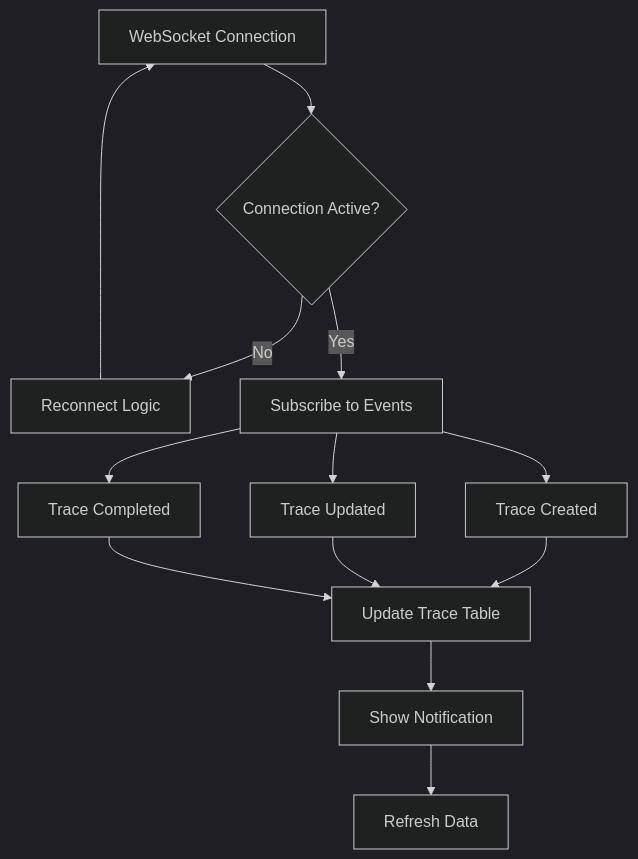
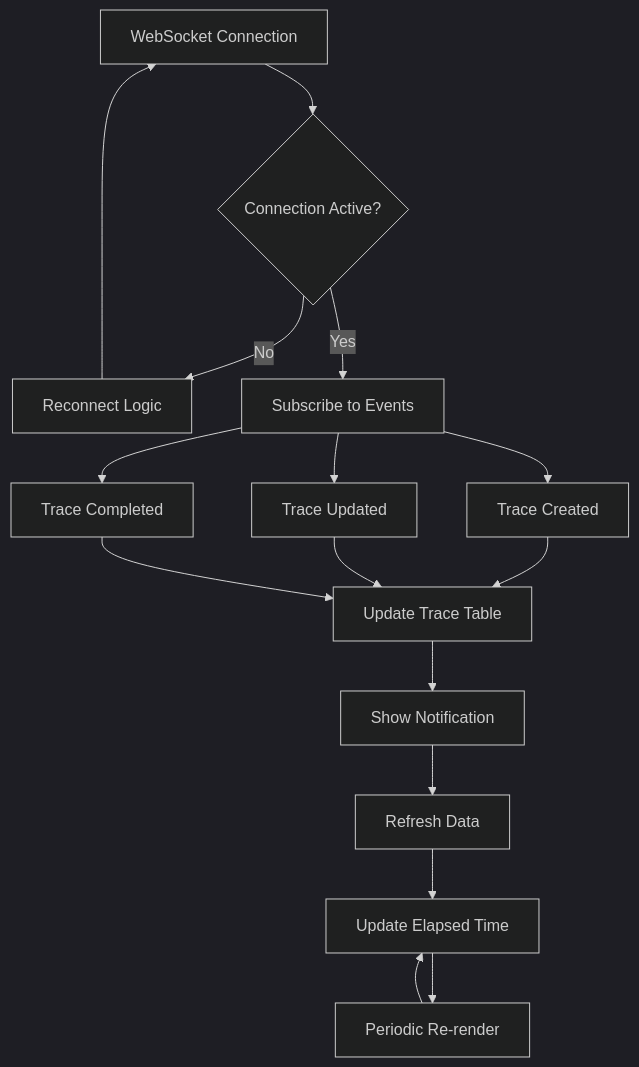
Before and after one commit to lalanikarim/agent-spy: the eighth of 9 diagrams in docs/AGENT_SPY_COMPREHENSIVE_GUIDE.md, drawn with Mermaid (dark theme). The commit also changed other lines of this file and 33 other files, not shown here.

````diff
--- a/docs/AGENT_SPY_COMPREHENSIVE_GUIDE.md
+++ b/docs/AGENT_SPY_COMPREHENSIVE_GUIDE.md
@@ -387,17 +419,20 @@
 ```mermaid
 flowchart TD
     A[WebSocket Connection] --> B{Connection Active?}
     B -->|No| C[Reconnect Logic]
     C --> A
     B -->|Yes| D[Subscribe to Events]
     D --> E[Trace Created]
     D --> F[Trace Updated]
     D --> G[Trace Completed]
 
     E --> H[Update Trace Table]
     F --> H
     G --> H
 
     H --> I[Show Notification]
     I --> J[Refresh Data]
+    J --> K[Update Elapsed Time]
+    K --> L[Periodic Re-render]
+    L --> K
 ```
````
